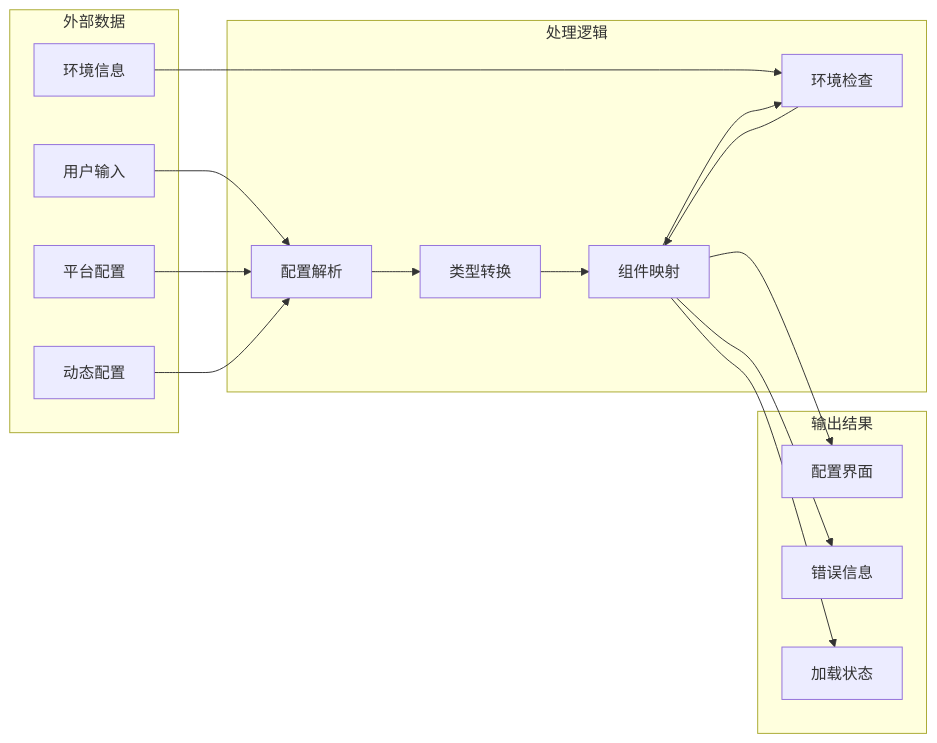
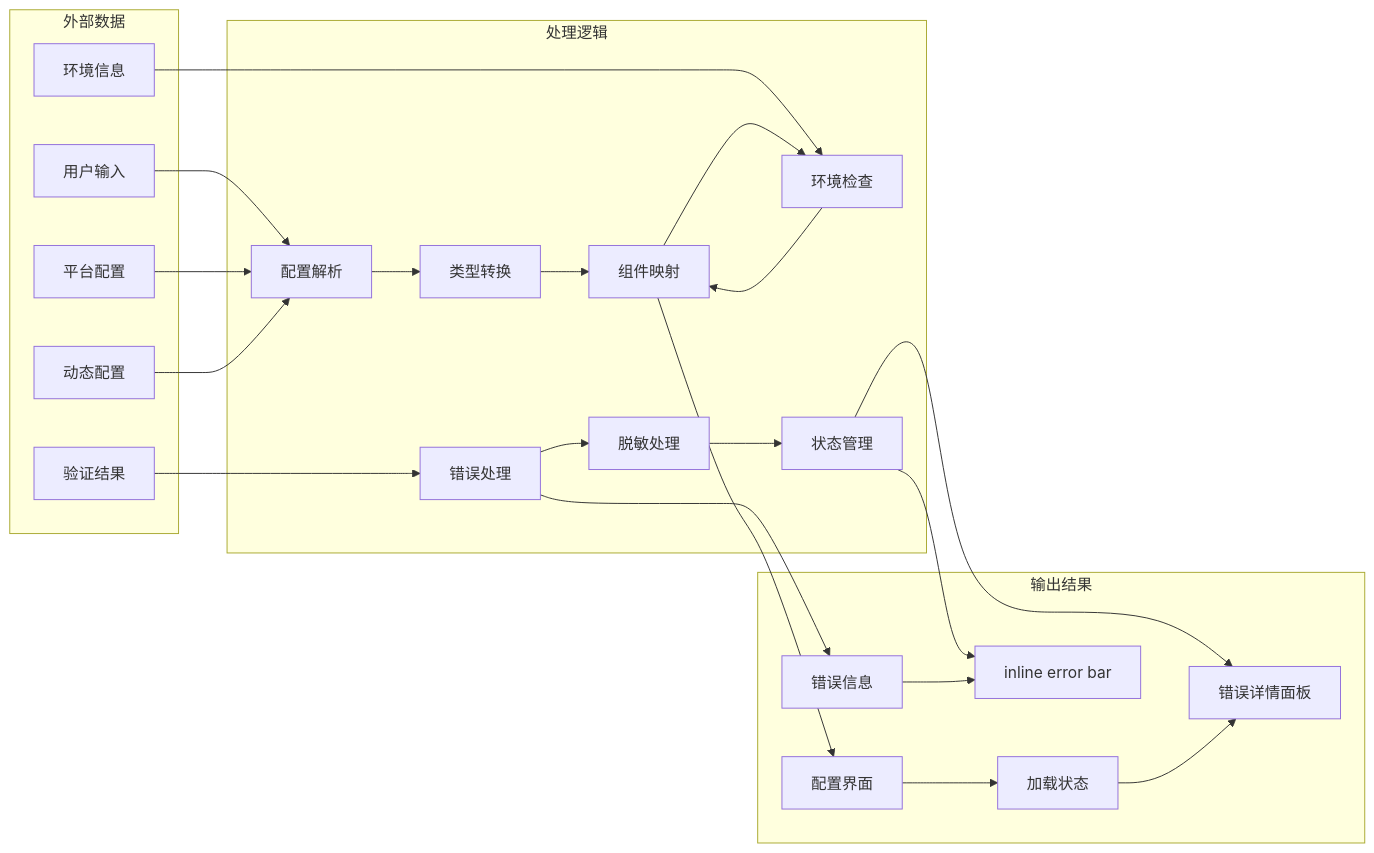
Before and after one commit to terwer/siyuan-plugin-publisher: the eighth of 8 diagrams in .qoder/repowiki/zh/content/V2 平台配置桥组件.md, drawn with Mermaid. The commit also changed other lines of this file and 15 other files, not shown here.

````diff
--- a/.qoder/repowiki/zh/content/V2 平台配置桥组件.md
+++ b/.qoder/repowiki/zh/content/V2 平台配置桥组件.md
@@ -515,31 +721,44 @@
 ```mermaid
 flowchart LR
 subgraph "外部数据"
 A[用户输入]
 B[平台配置]
 C[动态配置]
 D[环境信息]
+E[验证结果]
 end
 subgraph "处理逻辑"
-E[配置解析]
-F[类型转换]
-G[组件映射]
-H[环境检查]
+F[配置解析]
+G[类型转换]
+H[组件映射]
+I[环境检查]
+J[错误处理]
+K[脱敏处理]
+L[状态管理]
 end
 subgraph "输出结果"
-I[配置界面]
-J[错误信息]
-K[加载状态]
+M[配置界面]
+N[错误信息]
+O[加载状态]
+P[inline error bar]
+Q[错误详情面板]
 end
-A --> E
-B --> E
-C --> E
-D --> H
-E --> F
+A --> F
+B --> F
+C --> F
+D --> I
+E --> J
+J --> K
+K --> L
 F --> G
 G --> H
-H --> G
-G --> I
-G --> J
-G --> K
+H --> I
+I --> H
+H --> M
+J --> N
+L --> P
+L --> Q
+M --> O
+N --> P
+O --> Q
 ```
````
